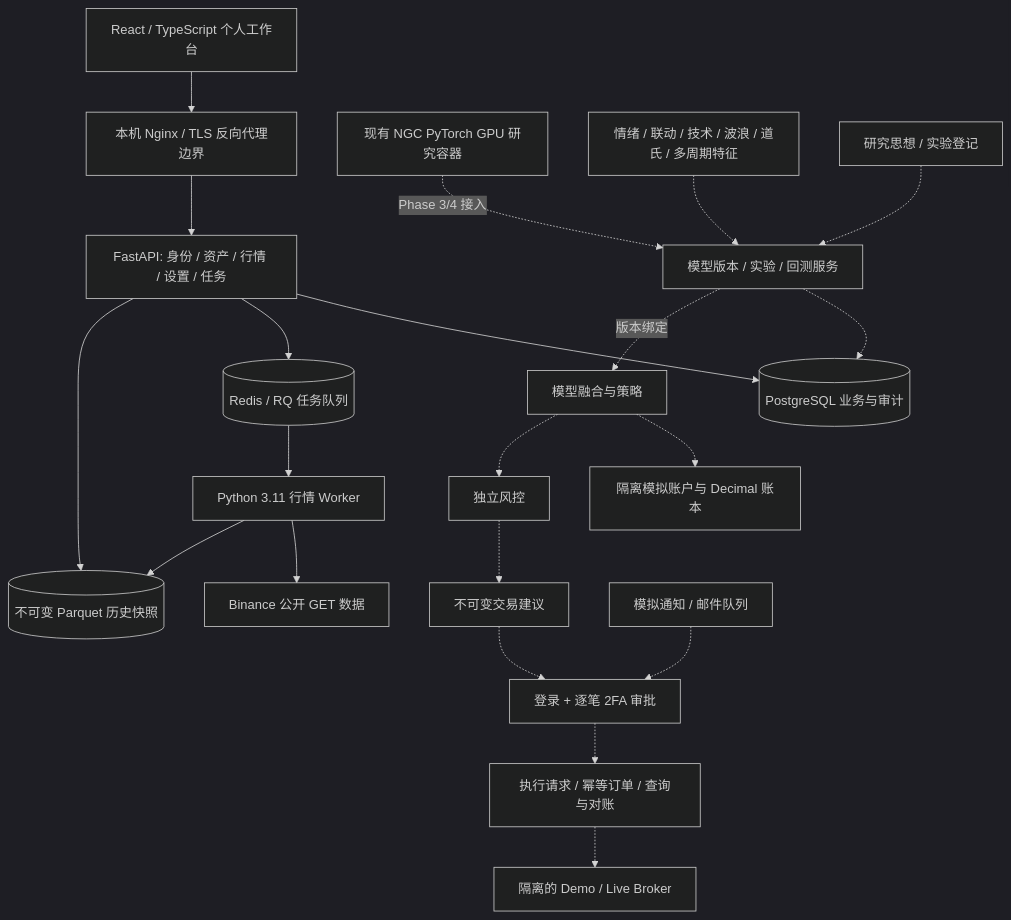
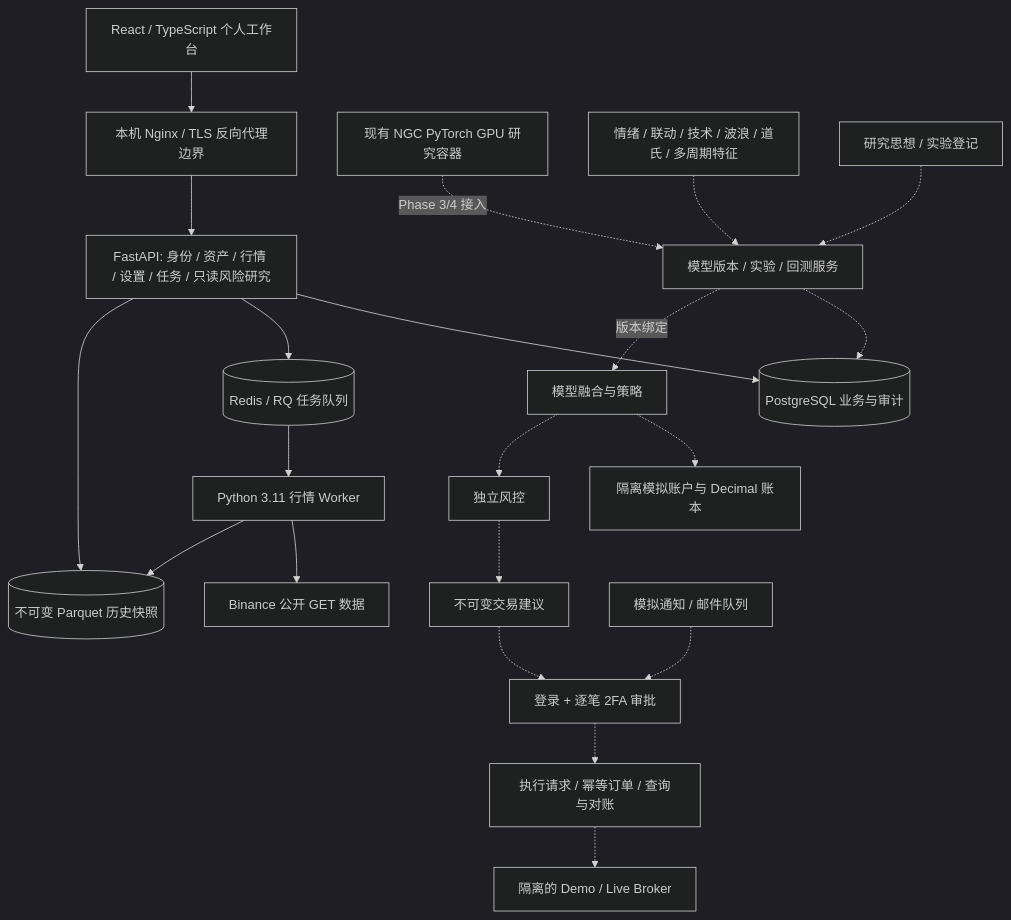
One commit to LegendaryFlutist/global-quant-ai changed the diagram in docs/platform/architecture.md. Above: the diagram before and after it, drawn with Mermaid (dark theme). The commit also changed other lines of this file and 4 other files, not shown here.

Commit message:
docs: record risk research architecture and CI handoff

````diff
--- a/docs/platform/architecture.md
+++ b/docs/platform/architecture.md
@@ -5,23 +5,23 @@
 ```mermaid
 flowchart TB
     Browser[React / TypeScript 个人工作台] --> Proxy[本机 Nginx / TLS 反向代理边界]
-    Proxy --> API[FastAPI: 身份 / 资产 / 行情 / 设置 / 任务]
+    Proxy --> API[FastAPI: 身份 / 资产 / 行情 / 设置 / 任务 / 只读风险研究]
     API --> PG[(PostgreSQL 业务与审计)]
     API --> Redis[(Redis / RQ 任务队列)]
     Redis --> Worker[Python 3.11 行情 Worker]
     Worker --> Public[Binance 公开 GET 数据]
     Worker --> PQ[(不可变 Parquet 历史快照)]
     API --> PQ
     Legacy[现有 NGC PyTorch GPU 研究容器] -. Phase 3/4 接入 .-> Registry[模型版本 / 实验 / 回测服务]
     Registry -.-> PG
     Features[情绪 / 联动 / 技术 / 波浪 / 道氏 / 多周期特征] -.-> Registry
     Registry -. 版本绑定 .-> Ensemble[模型融合与策略]
     Ensemble -.-> Paper[隔离模拟账户与 Decimal 账本]
     Ensemble -.-> Risk[独立风控]
     Risk -.-> Proposal[不可变交易建议]
     Proposal -.-> Approval[登录 + 逐笔 2FA 审批]
     Approval -.-> Execution[执行请求 / 幂等订单 / 查询与对账]
     Execution -.-> Broker[隔离的 Demo / Live Broker]
     Notify[模拟通知 / 邮件队列] -.-> Approval
     Ideas[研究思想 / 实验登记] -.-> Registry
 ```
````
